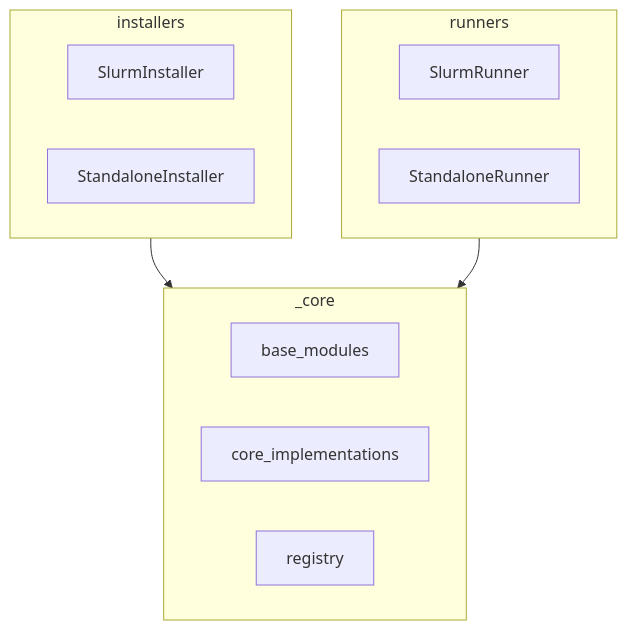
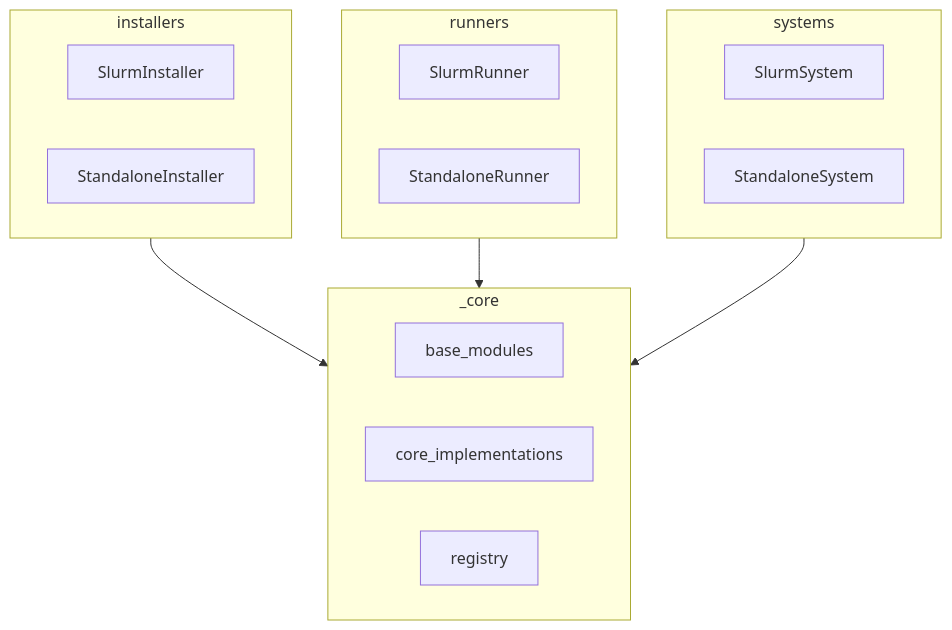
One commit to NVIDIA/cloudai changed the diagram in doc/DEV.md. Above: the diagram before and after it, drawn with Mermaid. The commit also changed other lines of this file, not shown here.

````diff
--- a/doc/DEV.md
+++ b/doc/DEV.md
@@ -5,21 +5,27 @@
 ```mermaid
 graph TD
     subgraph _core
         base_modules
         core_implementations
         registry
     end
 
     subgraph runners
         SlurmRunner
         StandaloneRunner
     end
 
     subgraph installers
         SlurmInstaller
         StandaloneInstaller
     end
 
+    subgraph systems
+        SlurmSystem
+        StandaloneSystem
+    end
+
     installers --> _core
     runners --> _core
+    systems --> _core
 ```
````
